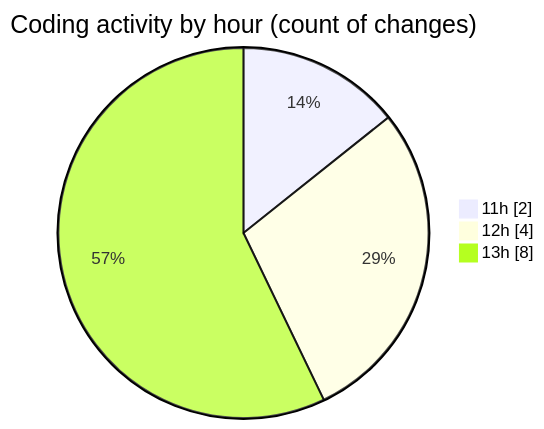
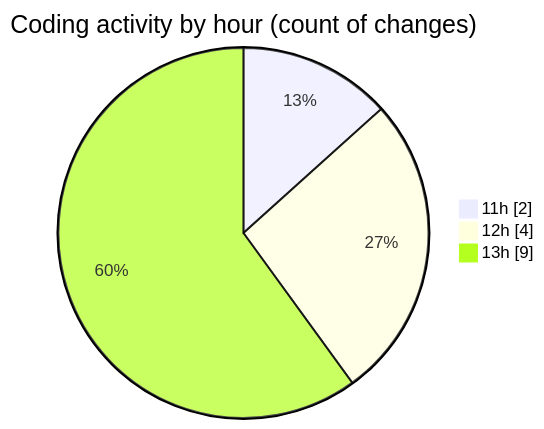
The second of 2 diagrams in 2025-12-12/cda/README.md (momahboobian/code-tracking), drawn with Mermaid before and after one commit. The commit also changed other lines of this file and 1 other file, not shown here.

````diff
--- a/2025-12-12/cda/README.md
+++ b/2025-12-12/cda/README.md
@@ -34,7 +34,7 @@
 ```mermaid
 pie showData
 title Coding activity by hour (count of changes)
 "11h" : 2
 "12h" : 4
-"13h" : 8
+"13h" : 9
 ```
````
